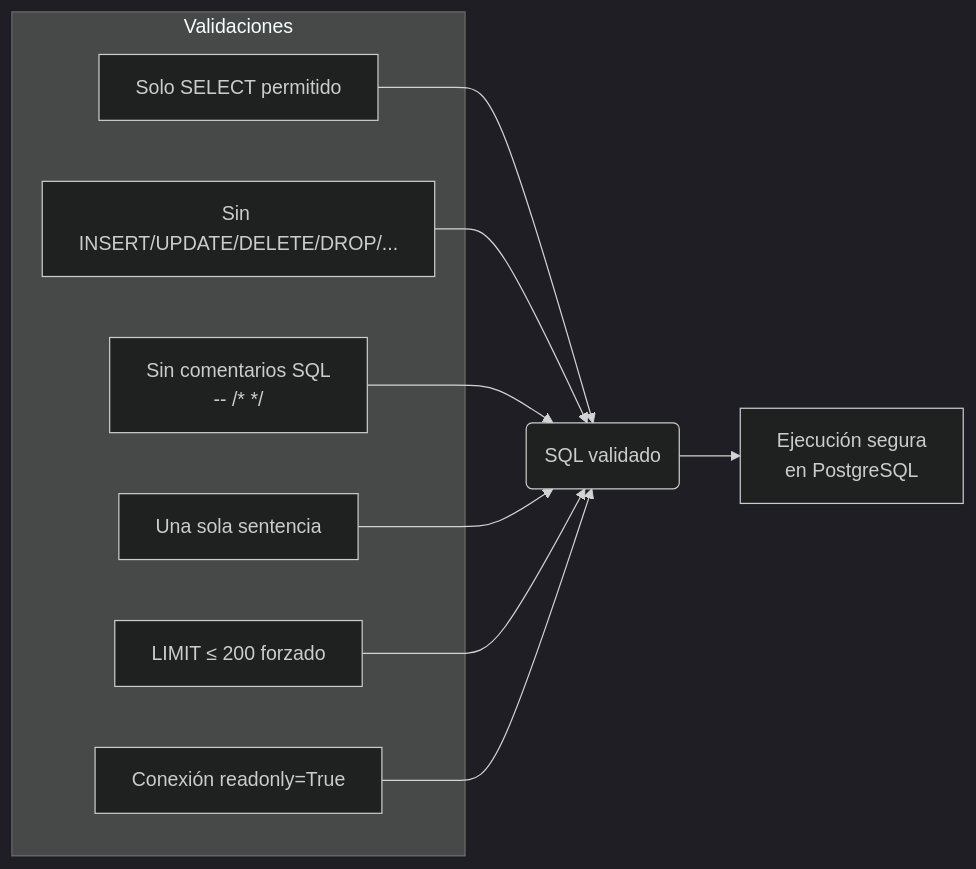
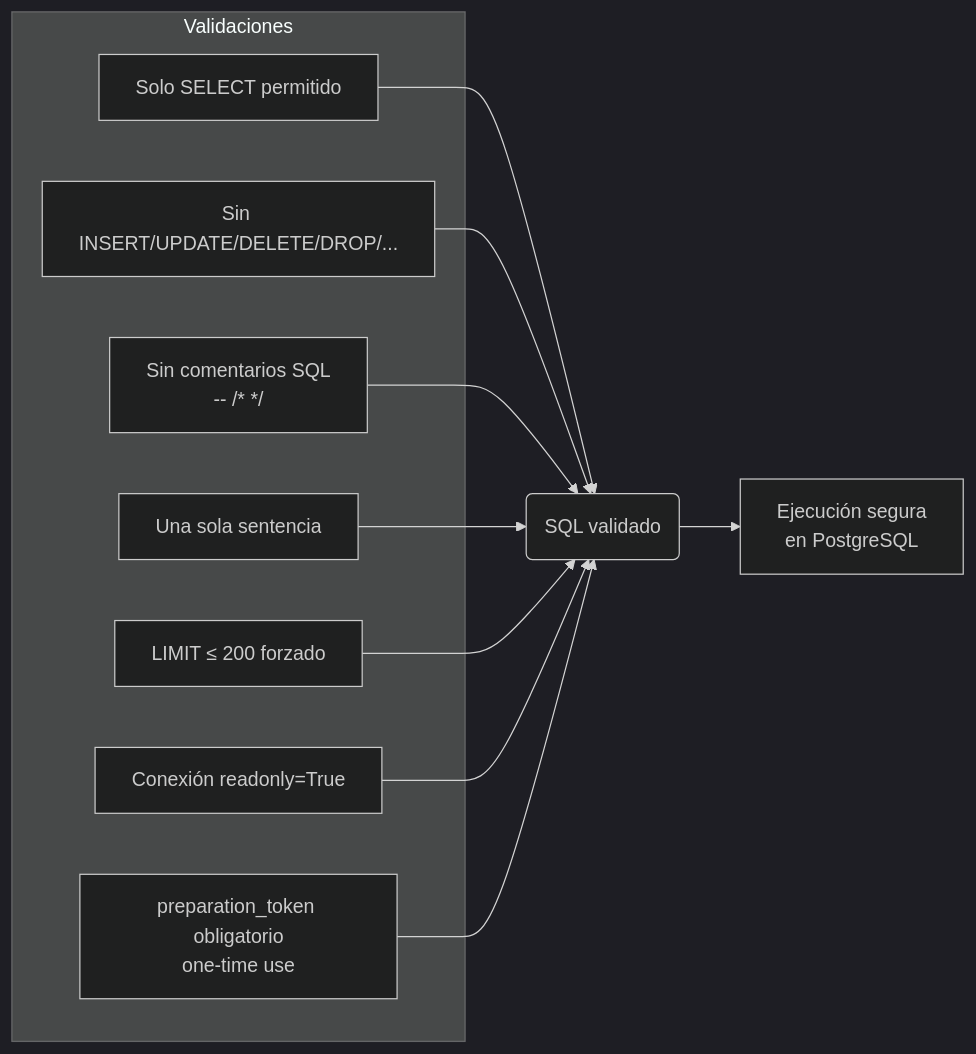
The fourth of 4 diagrams in README.md (fxex/mcp), drawn with Mermaid (dark theme) before and after one commit. The commit also changed other lines of this file and 1 other file, not shown here.

````diff
--- a/README.md
+++ b/README.md
@@ -137,20 +164,22 @@
 ```mermaid
 flowchart LR
     subgraph Validaciones
         A1[Solo SELECT permitido]
         A2[Sin INSERT/UPDATE/DELETE/DROP/...]
         A3[Sin comentarios SQL<br/>--  /* */]
         A4[Una sola sentencia]
         A5[LIMIT ≤ 200 forzado]
         A6[Conexión readonly=True]
+        A7[preparation_token obligatorio<br/>one-time use]
     end
 
     A1 --> B(SQL validado)
     A2 --> B
     A3 --> B
     A4 --> B
     A5 --> B
     A6 --> B
+    A7 --> B
 
     B --> C[Ejecución segura<br/>en PostgreSQL]
 ```
````
